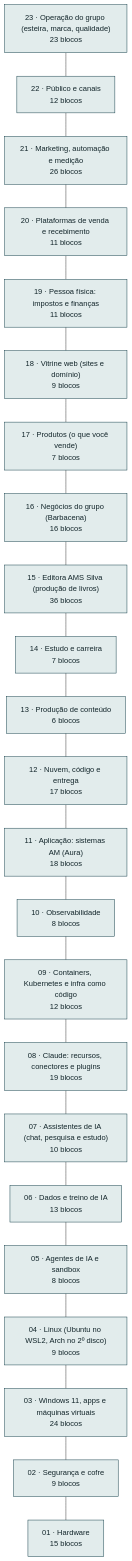
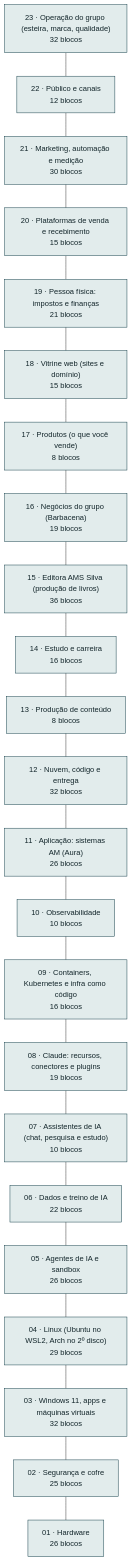
One commit to AlanMateus17/Portfolio-AMS-Obsidian-Vault changed the diagram in 11-setup-dev-setup/docs/arquitetura.md. Above: the diagram before and after it, drawn with Mermaid. The commit also changed other lines of this file and 316 other files, not shown here.

````diff
--- a/11-setup-dev-setup/docs/arquitetura.md
+++ b/11-setup-dev-setup/docs/arquitetura.md
@@ -10,50 +10,50 @@
 ```mermaid
 flowchart TB
-  L_oper["23 · Operação do grupo (esteira, marca, qualidade)<br/>23 blocos"]
+  L_oper["23 · Operação do grupo (esteira, marca, qualidade)<br/>32 blocos"]
   L_pub["22 · Público e canais<br/>12 blocos"]
-  L_mkt["21 · Marketing, automação e medição<br/>26 blocos"]
-  L_venda["20 · Plataformas de venda e recebimento<br/>11 blocos"]
-  L_emp["19 · Pessoa física: impostos e finanças<br/>11 blocos"]
-  L_web["18 · Vitrine web (sites e domínio)<br/>9 blocos"]
-  L_prod["17 · Produtos (o que você vende)<br/>7 blocos"]
-  L_neg["16 · Negócios do grupo (Barbacena)<br/>16 blocos"]
+  L_mkt["21 · Marketing, automação e medição<br/>30 blocos"]
+  L_venda["20 · Plataformas de venda e recebimento<br/>15 blocos"]
+  L_emp["19 · Pessoa física: impostos e finanças<br/>21 blocos"]
+  L_web["18 · Vitrine web (sites e domínio)<br/>15 blocos"]
+  L_prod["17 · Produtos (o que você vende)<br/>8 blocos"]
+  L_neg["16 · Negócios do grupo (Barbacena)<br/>19 blocos"]
   L_editora["15 · Editora AMS Silva (produção de livros)<br/>36 blocos"]
-  L_est["14 · Estudo e carreira<br/>7 blocos"]
-  L_cont["13 · Produção de conteúdo<br/>6 blocos"]
-  L_nuvem["12 · Nuvem, código e entrega<br/>17 blocos"]
-  L_app["11 · Aplicação: sistemas AM (Aura)<br/>18 blocos"]
-  L_obs["10 · Observabilidade<br/>8 blocos"]
-  L_cnt["09 · Containers, Kubernetes e infra como código<br/>12 blocos"]
+  L_est["14 · Estudo e carreira<br/>16 blocos"]
+  L_cont["13 · Produção de conteúdo<br/>8 blocos"]
+  L_nuvem["12 · Nuvem, código e entrega<br/>32 blocos"]
+  L_app["11 · Aplicação: sistemas AM (Aura)<br/>26 blocos"]
+  L_obs["10 · Observabilidade<br/>10 blocos"]
+  L_cnt["09 · Containers, Kubernetes e infra como código<br/>16 blocos"]
   L_clc["08 · Claude: recursos, conectores e plugins<br/>19 blocos"]
   L_chat["07 · Assistentes de IA (chat, pesquisa e estudo)<br/>10 blocos"]
-  L_dados["06 · Dados e treino de IA<br/>13 blocos"]
-  L_ia["05 · Agentes de IA e sandbox<br/>8 blocos"]
-  L_lin["04 · Linux (Ubuntu no WSL2, Arch no 2º disco)<br/>9 blocos"]
-  L_win["03 · Windows 11, apps e máquinas virtuais<br/>24 blocos"]
-  L_seg["02 · Segurança e cofre<br/>9 blocos"]
-  L_hw["01 · Hardware<br/>15 blocos"]
+  L_dados["06 · Dados e treino de IA<br/>22 blocos"]
+  L_ia["05 · Agentes de IA e sandbox<br/>26 blocos"]
+  L_lin["04 · Linux (Ubuntu no WSL2, Arch no 2º disco)<br/>29 blocos"]
+  L_win["03 · Windows 11, apps e máquinas virtuais<br/>32 blocos"]
+  L_seg["02 · Segurança e cofre<br/>25 blocos"]
+  L_hw["01 · Hardware<br/>26 blocos"]
   L_oper --- L_pub
   L_pub --- L_mkt
   L_mkt --- L_venda
   L_venda --- L_emp
   L_emp --- L_web
   L_web --- L_prod
   L_prod --- L_neg
   L_neg --- L_editora
   L_editora --- L_est
   L_est --- L_cont
   L_cont --- L_nuvem
   L_nuvem --- L_app
   L_app --- L_obs
   L_obs --- L_cnt
   L_cnt --- L_clc
   L_clc --- L_chat
   L_chat --- L_dados
   L_dados --- L_ia
   L_ia --- L_lin
   L_lin --- L_win
   L_win --- L_seg
   L_seg --- L_hw
   classDef cam fill:#e2ecec,stroke:#0e3a45,color:#13262b
   class L_oper,L_pub,L_mkt,L_venda,L_emp,L_web,L_prod,L_neg,L_editora,L_est,L_cont,L_nuvem,L_app,L_obs,L_cnt,L_clc,L_chat,L_dados,L_ia,L_lin,L_win,L_seg,L_hw cam
 ```
````
